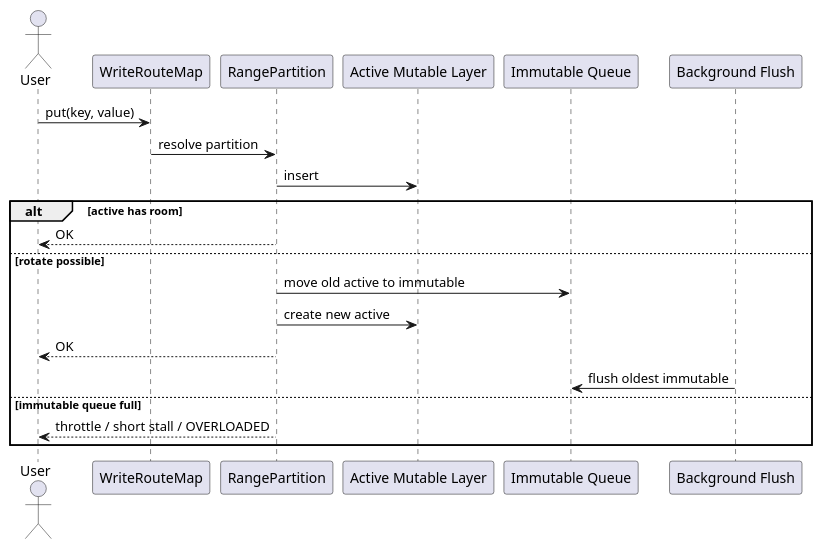
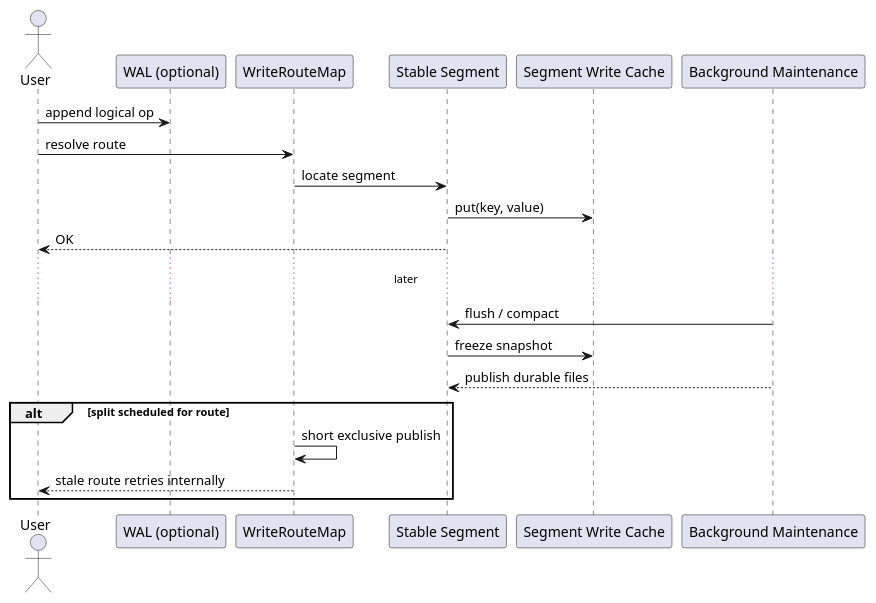
Before and after one commit to jajir/HestiaStore: the diagram in architecture/segmentindex/images/range-partitioned-ingest-sequence.plantuml, drawn with PlantUML. The commit also changed 106 other files, not shown here.

```diff
--- a/architecture/segmentindex/images/range-partitioned-ingest-sequence.plantuml
+++ b/architecture/segmentindex/images/range-partitioned-ingest-sequence.plantuml
@@ -1,26 +1,28 @@
 @startuml
 skinparam shadowing false
 
 actor User
+participant "WAL (optional)" as W
 participant "WriteRouteMap" as WR
-participant "RangePartition" as P
-participant "Active Mutable Layer" as M
-participant "Immutable Queue" as Q
-participant "Background Flush" as F
+participant "Stable Segment" as S
+participant "Segment Write Cache" as C
+participant "Background Maintenance" as F
 
-User -> WR : put(key, value)
-WR -> P : resolve partition
-P -> M : insert
+User -> W : append logical op
+User -> WR : resolve route
+WR -> S : locate segment
+S -> C : put(key, value)
+S --> User : OK
 
-alt active has room
-  P --> User : OK
-else rotate possible
-  P -> Q : move old active to immutable
-  P -> M : create new active
-  P --> User : OK
-  F -> Q : flush oldest immutable
-else immutable queue full
-  P --> User : throttle / short stall / OVERLOADED
+... later ...
+
+F -> S : flush / compact
+S -> C : freeze snapshot
+F --> S : publish durable files
+
+alt split scheduled for route
+  WR -> WR : short exclusive publish
+  WR --> User : stale route retries internally
 end
 
 @enduml
```
